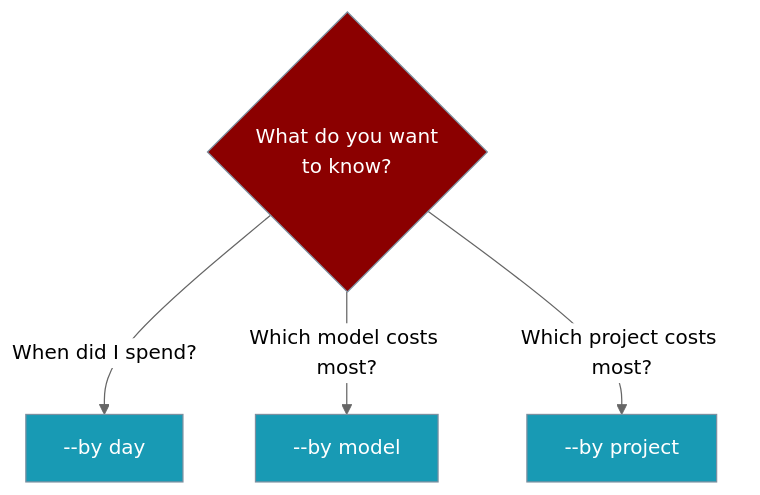
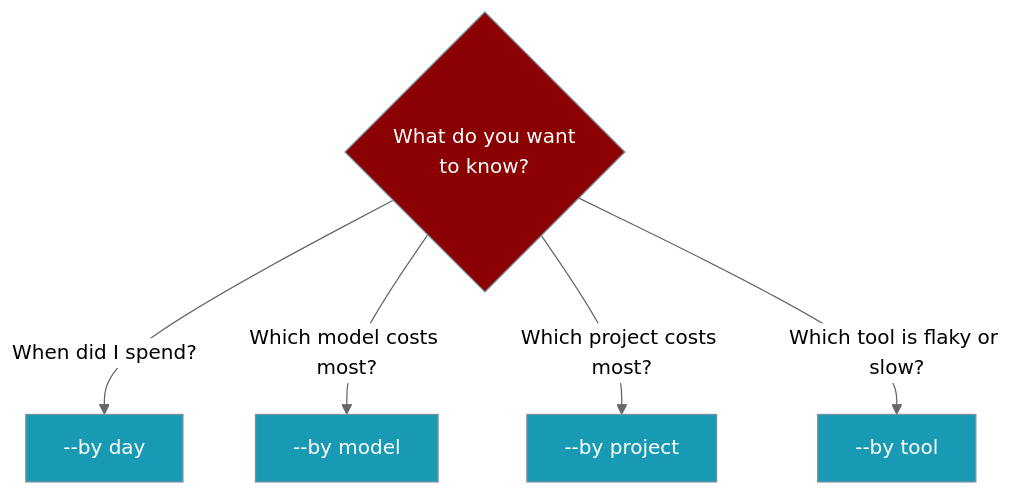
Before and after one commit to MervinPraison/PraisonAIDocs: the second of 4 diagrams in docs/features/usage.mdx, drawn with Mermaid (neutral theme). The commit also changed other lines of this file and 3 other files, not shown here.

````diff
--- a/docs/features/usage.mdx
+++ b/docs/features/usage.mdx
@@ -68,12 +75,13 @@
 ```mermaid
 graph TB
     Q{What do you want<br/>to know?} -->|When did I spend?| Day[--by day]
     Q -->|Which model costs most?| Model[--by model]
     Q -->|Which project costs most?| Project[--by project]
+    Q -->|Which tool is flaky or slow?| Tool[--by tool]
 
     classDef q fill:#8B0000,stroke:#7C90A0,color:#fff
     classDef view fill:#189AB4,stroke:#7C90A0,color:#fff
 
     class Q q
-    class Day,Model,Project view
+    class Day,Model,Project,Tool view
 ```
````
